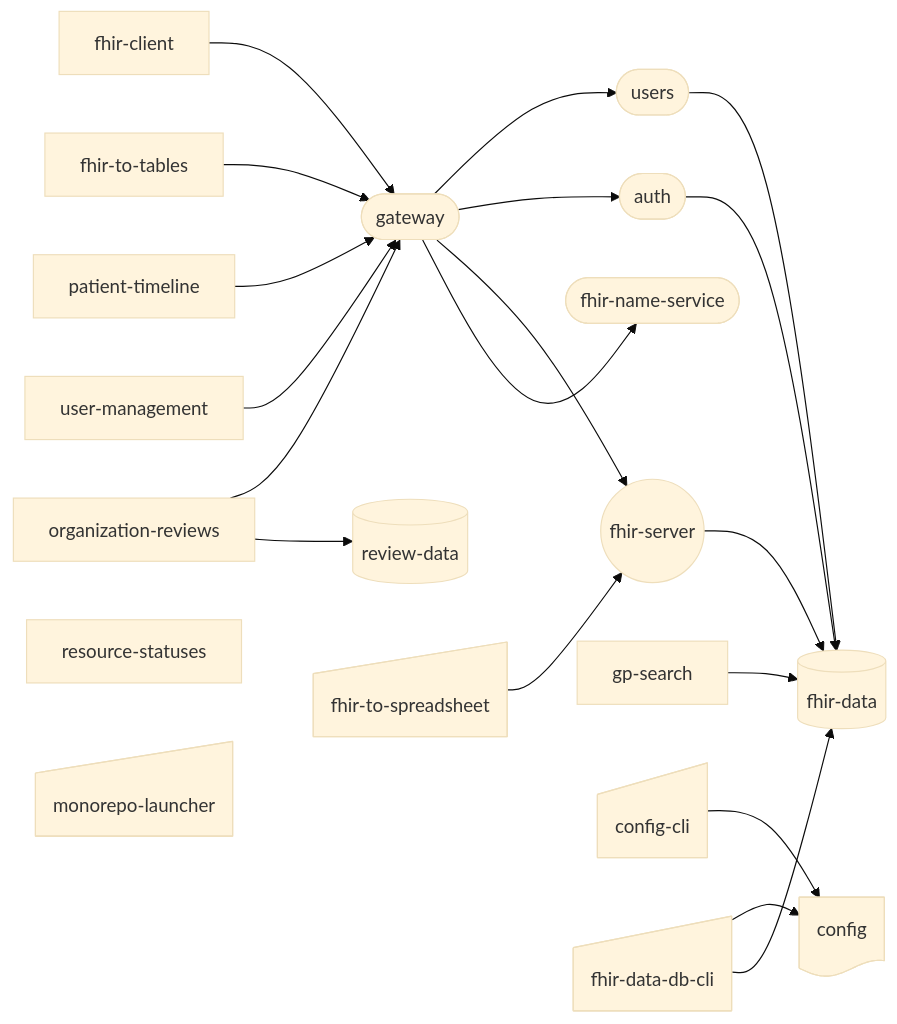
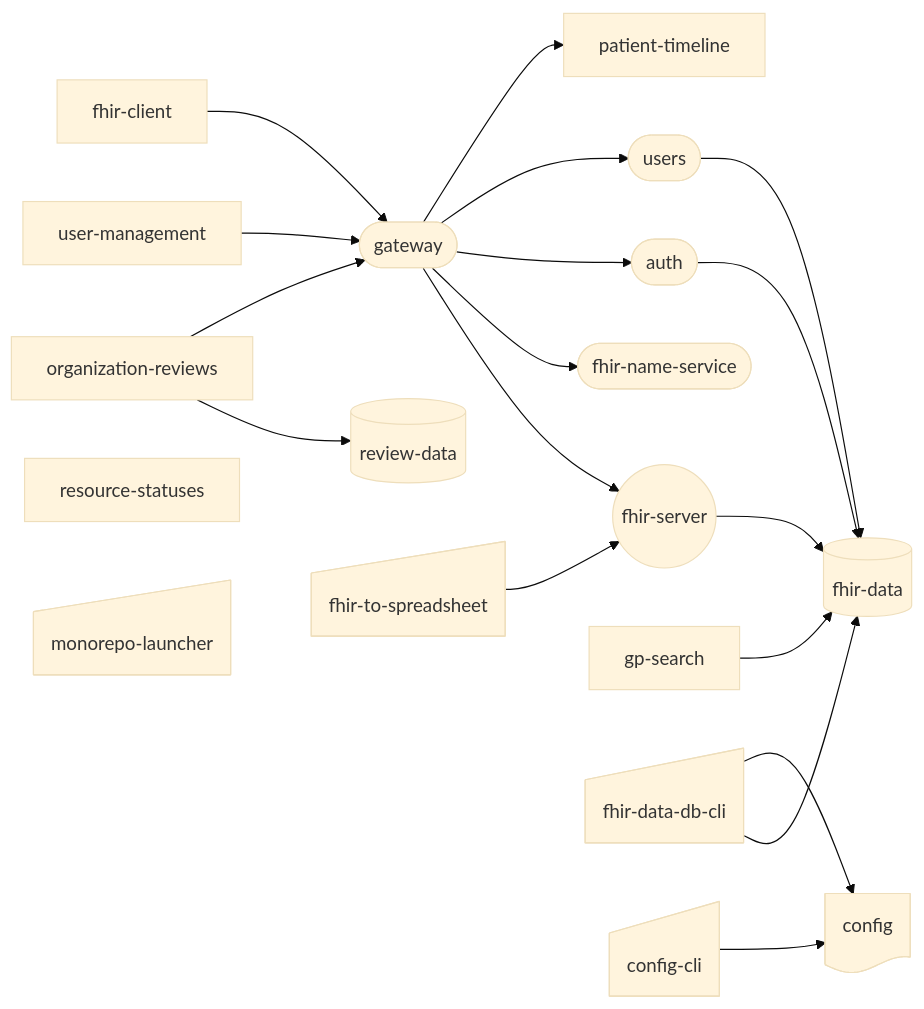
One commit to willemverbuyst/fhir-placeholder-api changed the diagram in README.md. Above: the diagram before and after it, drawn with Mermaid (base theme). The commit also changed other lines of this file, not shown here.

````diff
--- a/README.md
+++ b/README.md
@@ -38,46 +37,44 @@
 ```mermaid
 flowchart LR
     FNS@{shape: stadium, label: fhir-name-service}
     FS@{shape: circle, label: fhir-server}
     PT@{shape: rect, label: patient-timeline}
     A@{shape: stadium, label: auth}
     U@{shape: stadium, label: users}
     G@{shape: stadium, label: gateway}
   
     C@{shape: doc, label: config}
     FDB@{shape: cyl, label: fhir-data}
     RDB@{shape: cyl, label: review-data}
   
     GPS@{shape: rect, label: gp-search}
     OR@{shape: rect, label: organization-reviews}
     FC@{shape: rect, label: fhir-client}
-    FTT@{shape: rect, label: fhir-to-tables}
     UM@{shape: rect, label: user-management}
     RS@{shape: rect, label: resource-statuses}
 
-    CS@{shape: sl-rect,label: config-cli}
     ML@{shape: sl-rect, label: monorepo-launcher}
     FTS@{shape: sl-rect, label: fhir-to-spreadsheet}
     FDC@{shape: sl-rect, label: fhir-data-db-cli}
+    CS@{shape: sl-rect,label: config-cli}
 
   
+  FDC --> C
   CS --> C
-  FDC --> C
   FC --> G
-  FTT --> G
-  PT --> G
   UM --> G
   OR --> G
+  G --> PT
   G --> U
   G --> A
+  G --> FNS
   G --> FS
   GPS --> FDB
   FS --> FDB
   FDC --> FDB
   A --> FDB
   U --> FDB
   OR --> RDB
-  G --> FNS
   FTS -->FS
   
 ```
````
